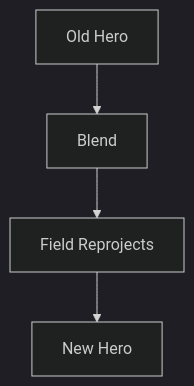
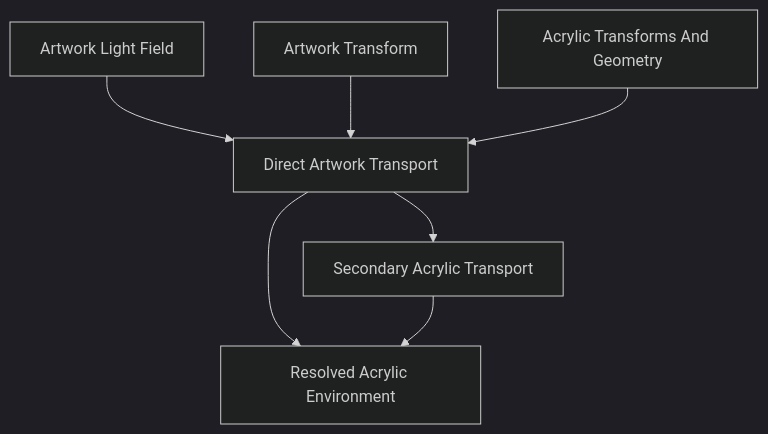
The fifth of 7 diagrams in docs/design/system/mds-003-material-system/08-uv-indexed-refraction.md (mosaic-media/architecture), drawn with Mermaid (dark theme) before and after one commit. The commit also changed other lines of this file and 12 other files, not shown here.

Commit message:
docs(mds-003): define refraction architecture

````diff
--- a/docs/design/system/mds-003-material-system/08-uv-indexed-refraction.md
+++ b/docs/design/system/mds-003-material-system/08-uv-indexed-refraction.md
@@ -294,12 +305,17 @@
 ```mermaid
 flowchart TD
 
-N1["Old Hero"]
-N2["Blend"]
-N3["Field Reprojects"]
-N4["New Hero"]
+N1["Artwork Light Field"]
+N2["Artwork Transform"]
+N3["Acrylic Transforms And Geometry"]
+N4["Direct Artwork Transport"]
+N5["Secondary Acrylic Transport"]
+N6["Resolved Acrylic Environment"]
 
-N1 --> N2
-N2 --> N3
+N1 --> N4
+N2 --> N4
 N3 --> N4
+N4 --> N5
+N4 --> N6
+N5 --> N6
 ```
````
